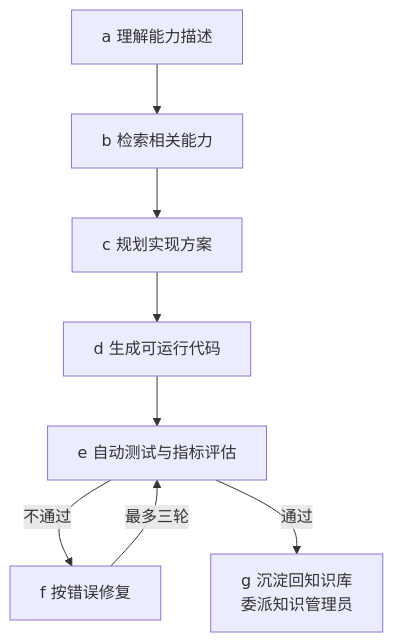
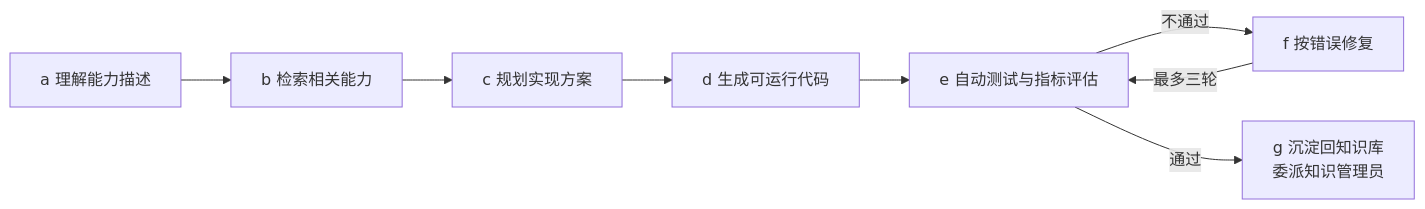
Before and after one commit to 1bai1/ai-algorithm-capability-factory: the third of 3 diagrams in README.md, drawn with Mermaid.

Commit message:
README §4 工作流图改横向（flowchart LR）：七步是流水线，横排顺阅读方向，且与 2.3 闭环图体例统一

````diff
--- a/README.md
+++ b/README.md
@@ -261,10 +261,10 @@
 ```mermaid
-flowchart TB
+flowchart LR
     A[a 理解能力描述] --> B[b 检索相关能力]
     B --> C[c 规划实现方案]
     C --> D[d 生成可运行代码]
     D --> E[e 自动测试与指标评估]
     E -->|不通过| F[f 按错误修复]
     F -->|最多三轮| E
     E -->|通过| G[g 沉淀回知识库<br/>委派知识管理员]
 ```
````
